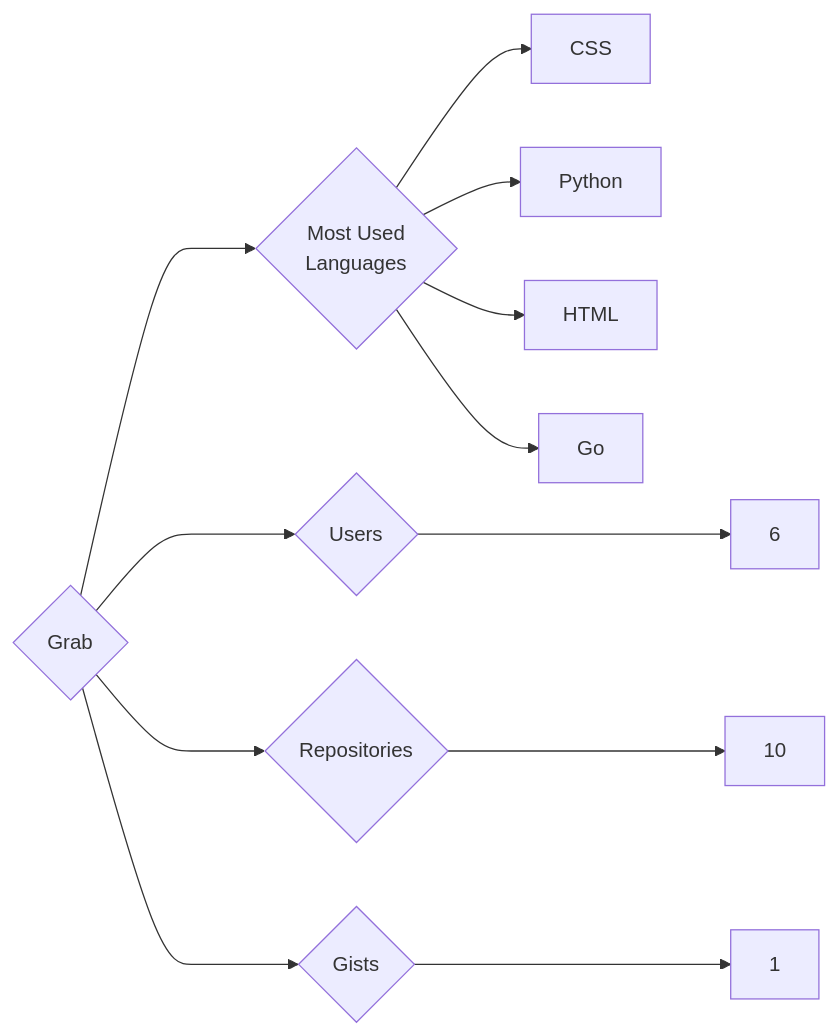
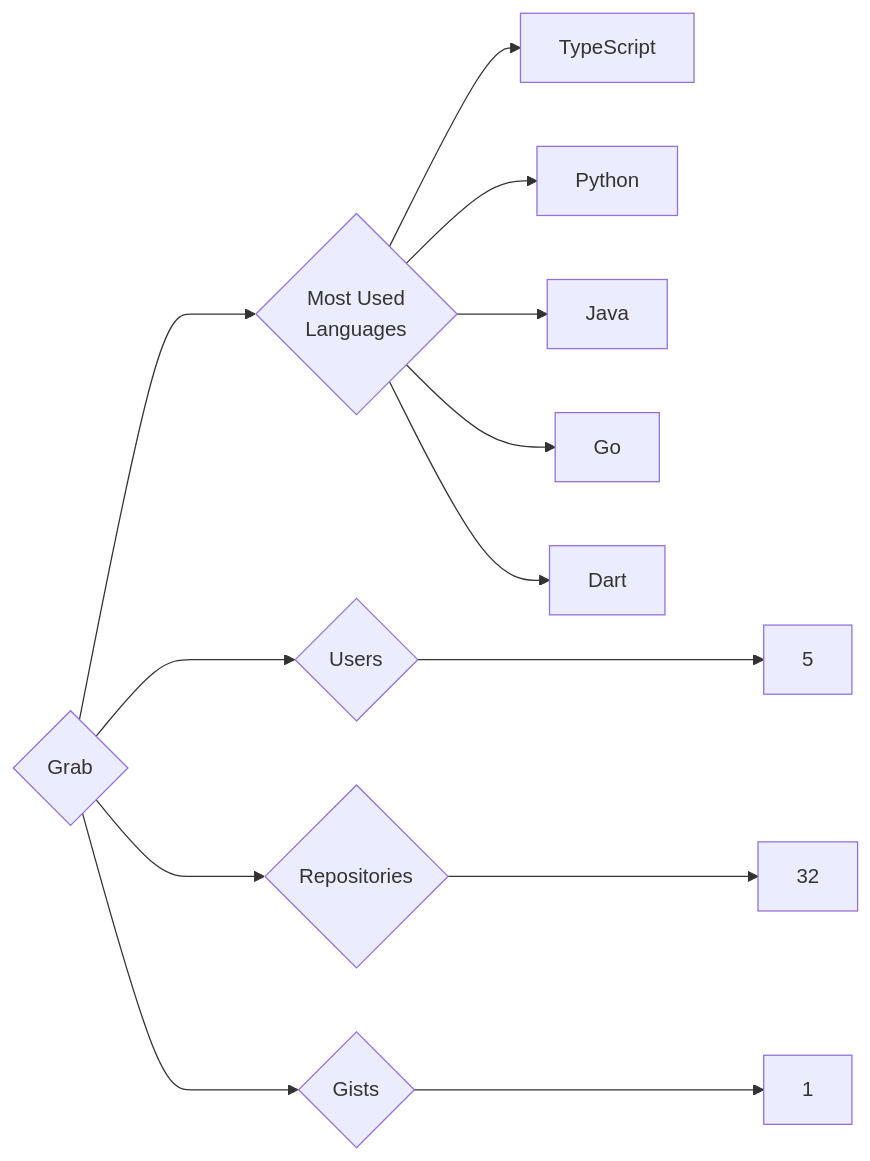
One commit to trickest/insiders changed the diagram in targets/Grab/README.md. Above: the diagram before and after it, drawn with Mermaid. The commit also changed 1166 other files, not shown here.

````diff
--- a/targets/Grab/README.md
+++ b/targets/Grab/README.md
@@ -3,12 +3,13 @@
 ```mermaid
 graph LR
 COMPANY_NAME{Grab}
-COMPANY_NAME ---> U{Users} ---> UN[6]
-COMPANY_NAME ---> R{Repositories} ---> RN[10]
+COMPANY_NAME ---> U{Users} ---> UN[5]
+COMPANY_NAME ---> R{Repositories} ---> RN[32]
 COMPANY_NAME ---> G{Gists} ---> GN[1]
 COMPANY_NAME ---> ML{Most Used<br>Languages}
-ML --> CSS[CSS]
+ML --> TypeScript[TypeScript]
 ML --> Python[Python]
-ML --> HTML[HTML]
+ML --> Java[Java]
 ML --> Go[Go]
+ML --> Dart[Dart]
 ```
````
